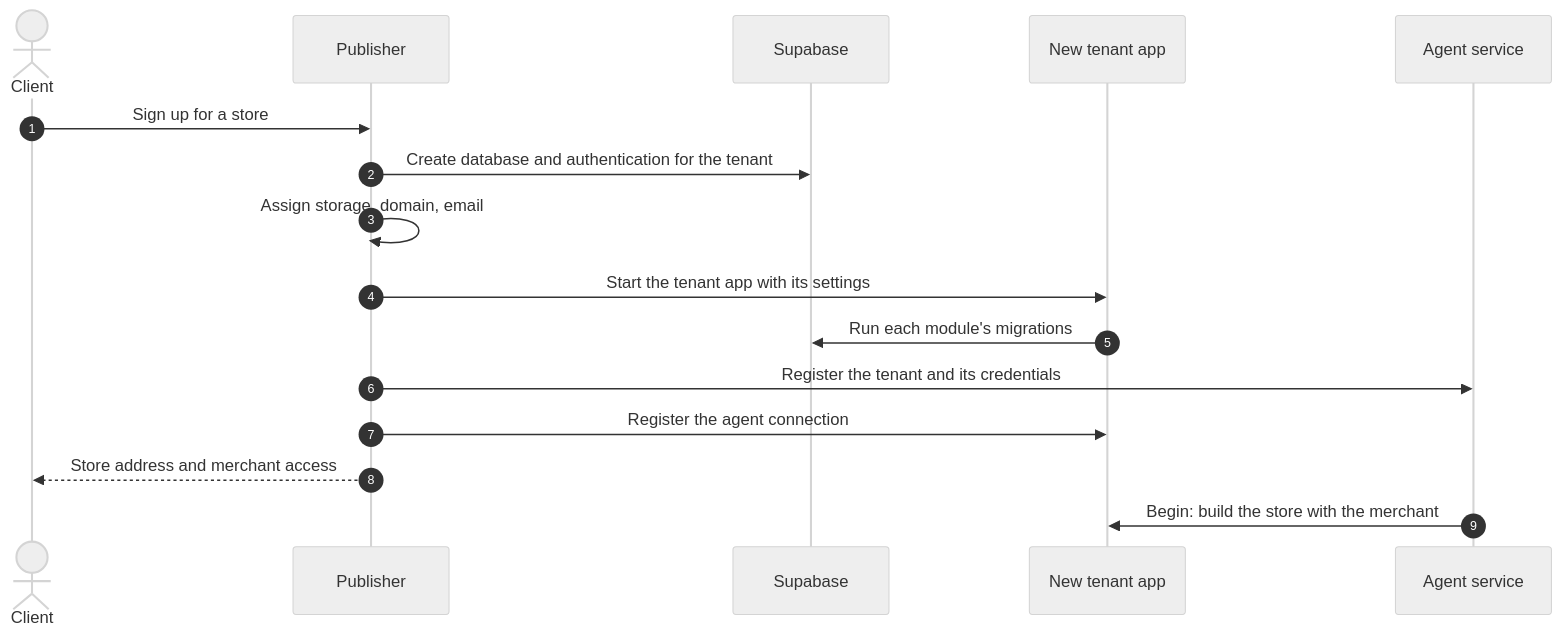
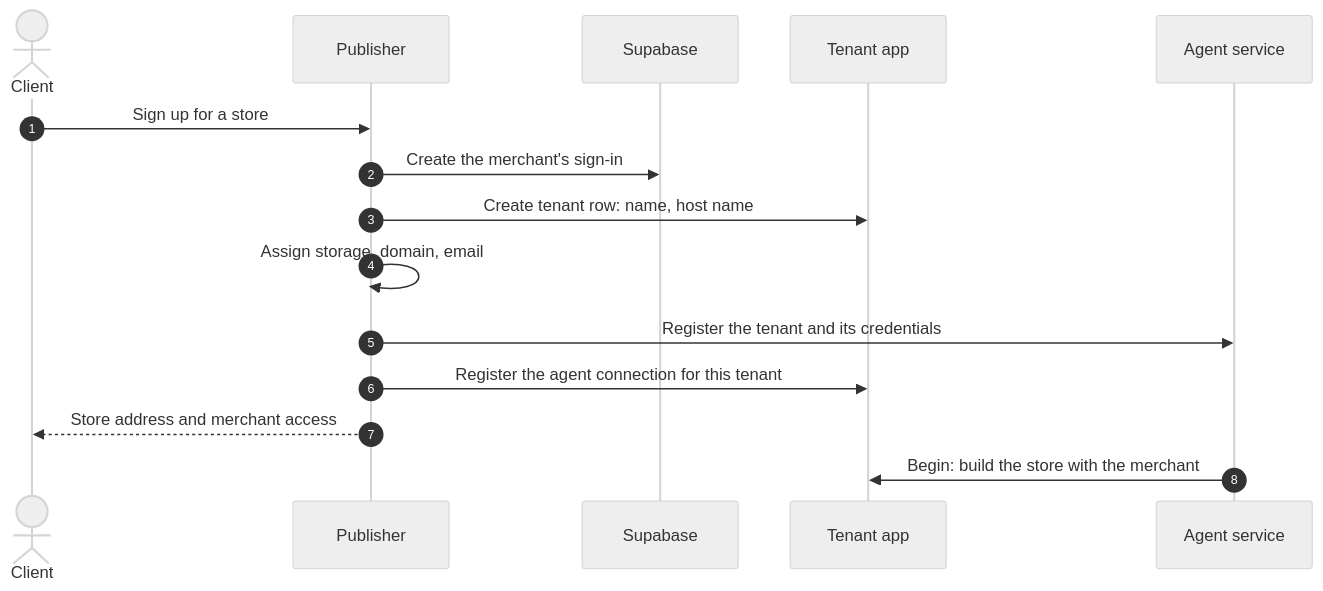
One commit to the-market-org/the-market changed the fifth of 5 diagrams in docs/architecture/agent-design-part-3-publisher-and-tenant.md. Above: the diagram before and after it, drawn with Mermaid (neutral theme). The commit also changed other lines of this file, not shown here.

Commit message:
Record tenancy as one database with a tenant row, and where closed code lives

````diff
--- a/docs/architecture/agent-design-part-3-publisher-and-tenant.md
+++ b/docs/architecture/agent-design-part-3-publisher-and-tenant.md
@@ -113,19 +134,18 @@
 ```mermaid
 sequenceDiagram
     autonumber
     actor C as Client
     participant PUB as Publisher
     participant SUPA as Supabase
-    participant T as New tenant app
+    participant T as Tenant app
     participant AGS as Agent service
 
     C->>PUB: Sign up for a store
-    PUB->>SUPA: Create database and authentication for the tenant
+    PUB->>SUPA: Create the merchant's sign-in
+    PUB->>T: Create tenant row: name, host name
     PUB->>PUB: Assign storage, domain, email
-    PUB->>T: Start the tenant app with its settings
-    T->>SUPA: Run each module's migrations
     PUB->>AGS: Register the tenant and its credentials
-    PUB->>T: Register the agent connection
+    PUB->>T: Register the agent connection for this tenant
     PUB-->>C: Store address and merchant access
     AGS->>T: Begin: build the store with the merchant
 ```
````
